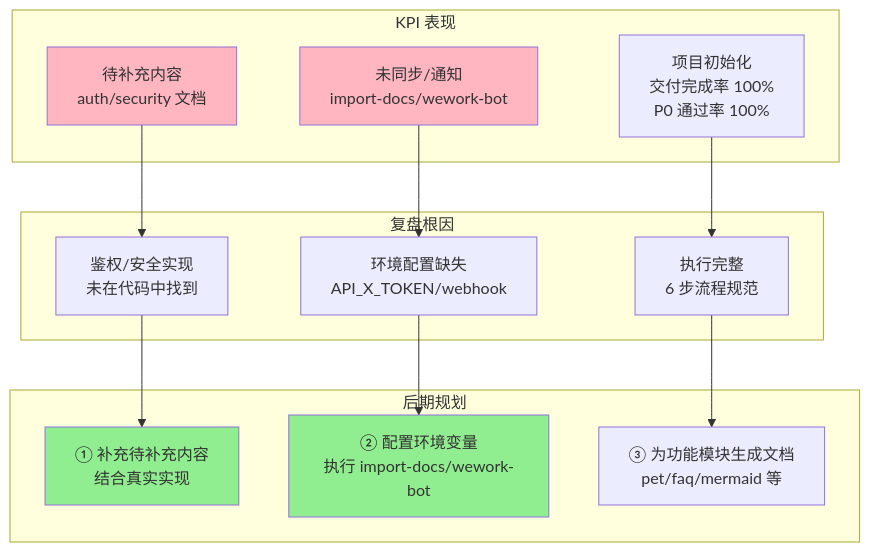
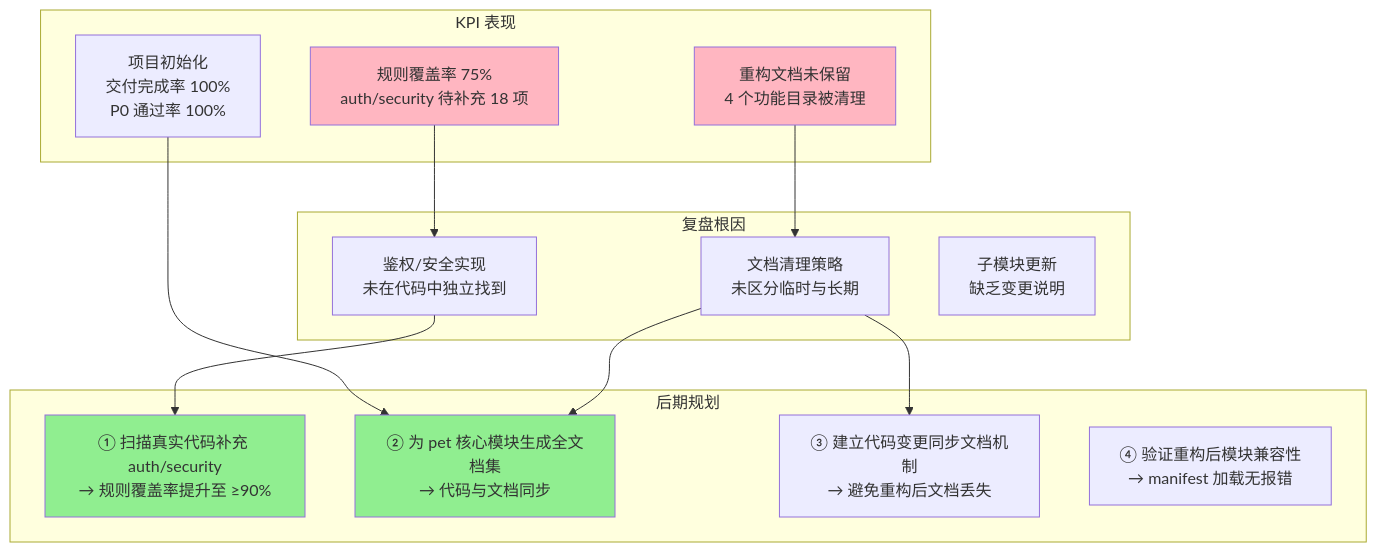
One commit to effiy/YiPet changed the first of 2 diagrams in docs/周报/2026-04-27~2026-05-03/周报.md. Above: the diagram before and after it, drawn with Mermaid. The commit also changed other lines of this file and 3 other files, not shown here.

````diff
--- a/docs/周报/2026-04-27~2026-05-03/周报.md
+++ b/docs/周报/2026-04-27~2026-05-03/周报.md
@@ -65,33 +77,33 @@
 ```mermaid
 flowchart TB
     subgraph KPI["KPI 表现"]
         K1["项目初始化\n交付完成率 100%\nP0 通过率 100%"]
-        K2["待补充内容\nauth/security 文档"]
-        K3["未同步/通知\nimport-docs/wework-bot"]
+        K2["规则覆盖率 75%\nauth/security 待补充 18 项"]
+        K3["重构文档未保留\n4 个功能目录被清理"]
     end
 
     subgraph ROOT["复盘根因"]
-        R1["执行完整\n6 步流程规范"]
-        R2["鉴权/安全实现\n未在代码中找到"]
-        R3["环境配置缺失\nAPI_X_TOKEN/webhook"]
+        R1["鉴权/安全实现\n未在代码中独立找到"]
+        R2["文档清理策略\n未区分临时与长期"]
+        R3["子模块更新\n缺乏变更说明"]
     end
 
     subgraph PLAN["后期规划"]
-        P1["① 补充待补充内容\n结合真实实现"]
-        P2["② 配置环境变量\n执行 import-docs/wework-bot"]
-        P3["③ 为功能模块生成文档\npet/faq/mermaid 等"]
+        P1["① 扫描真实代码补充 auth/security\n→ 规则覆盖率提升至 ≥90%"]
+        P2["② 为 pet 核心模块生成全文档集\n→ 代码与文档同步"]
+        P3["③ 建立代码变更同步文档机制\n→ 避免重构后文档丢失"]
+        P4["④ 验证重构后模块兼容性\n→ manifest 加载无报错"]
     end
 
-    K1 --> R1
-    K2 --> R2
-    K3 --> R3
-    
-    R1 --> P3
-    R2 --> P1
-    R3 --> P2
-    
+    K2 --> R1
+    K3 --> R2
+    K1 --> P2
+    R1 --> P1
+    R2 --> P3
+    R2 --> P2
+
     style P1 fill:#90EE90
     style P2 fill:#90EE90
     style K2 fill:#FFB6C1
     style K3 fill:#FFB6C1
 ```
````
